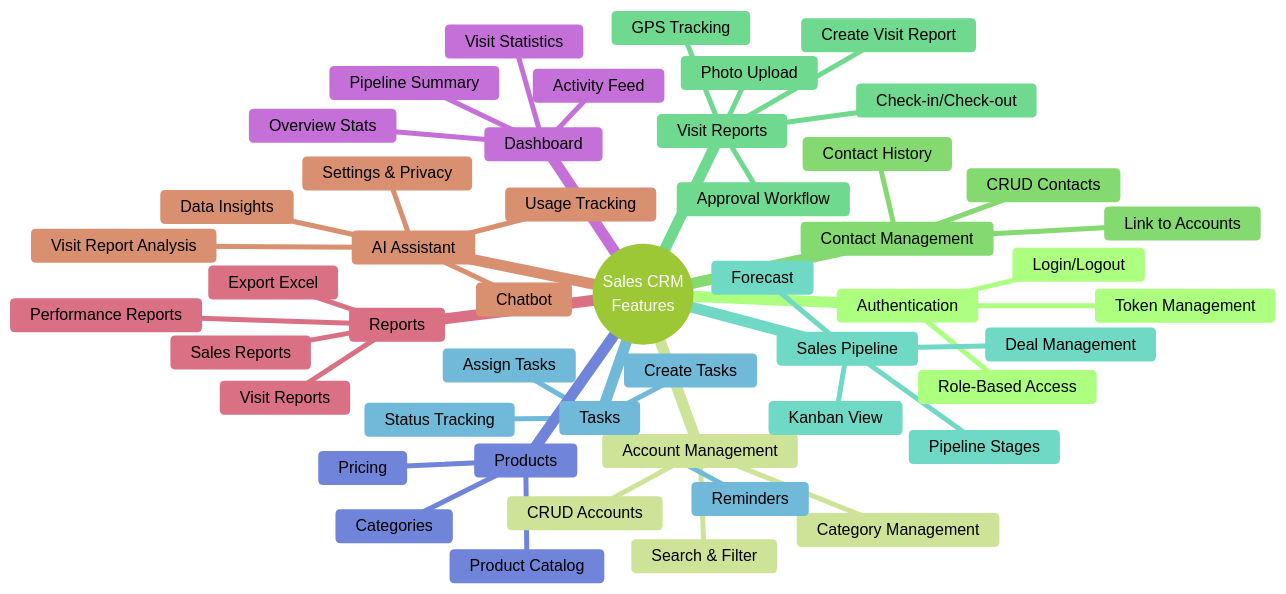
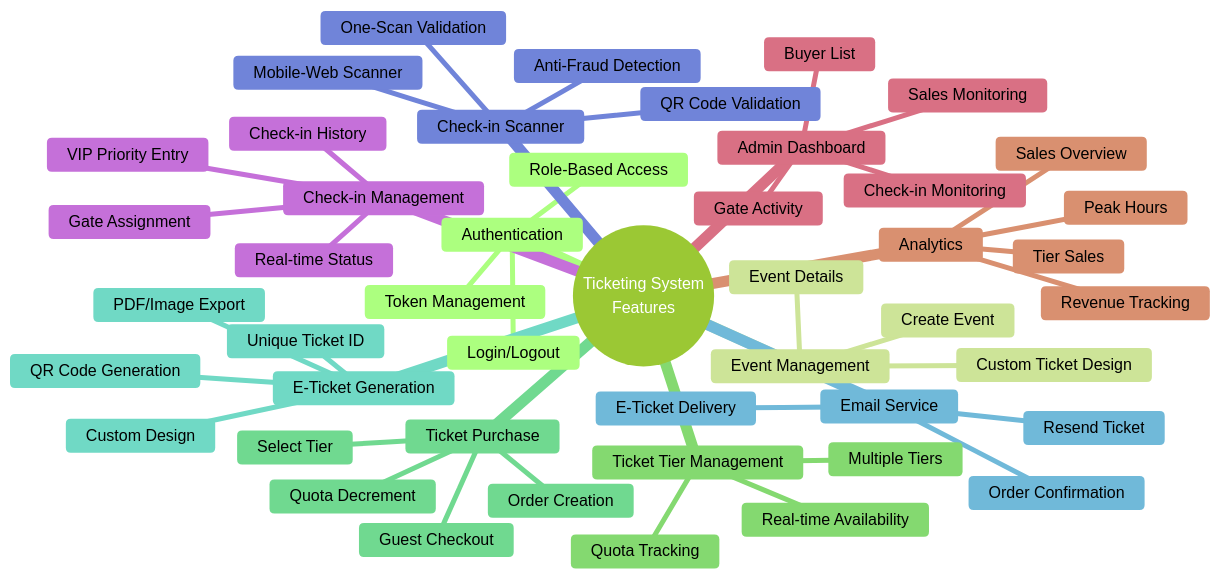
Before and after one commit to Gilabs-Studio/webapp-ticket-konser: the third of 13 diagrams in docs/PROJECT_DIAGRAMS.md, drawn with Mermaid (forest theme). The commit also changed other lines of this file and 8 other files, not shown here.

````diff
--- a/docs/PROJECT_DIAGRAMS.md
+++ b/docs/PROJECT_DIAGRAMS.md
@@ -111,52 +109,50 @@
 ```mermaid
 mindmap
-  root((Sales CRM<br/>Features))
+  root((Ticketing System<br/>Features))
     Authentication
       Login/Logout
       Token Management
       Role-Based Access
-    Account Management
-      CRUD Accounts
-      Search & Filter
-      Category Management
-    Contact Management
-      CRUD Contacts
-      Link to Accounts
-      Contact History
-    Visit Reports
-      Create Visit Report
-      Check-in/Check-out
-      GPS Tracking
-      Photo Upload
-      Approval Workflow
-    Sales Pipeline
-      Pipeline Stages
-      Deal Management
-      Forecast
-      Kanban View
-    Tasks
-      Create Tasks
-      Assign Tasks
-      Reminders
-      Status Tracking
-    Products
-      Product Catalog
-      Pricing
-      Categories
-    Dashboard
-      Overview Stats
-      Visit Statistics
-      Pipeline Summary
-      Activity Feed
-    Reports
-      Visit Reports
-      Sales Reports
-      Performance Reports
-      Export Excel
-    AI Assistant
-      Chatbot
-      Visit Report Analysis
-      Data Insights
-      Settings & Privacy
-      Usage Tracking
+    Event Management
+      Create Event
+      Event Details
+      Custom Ticket Design
+    Ticket Tier Management
+      Multiple Tiers
+      Quota Tracking
+      Real-time Availability
+    Ticket Purchase
+      Select Tier
+      Guest Checkout
+      Order Creation
+      Quota Decrement
+    E-Ticket Generation
+      Unique Ticket ID
+      QR Code Generation
+      Custom Design
+      PDF/Image Export
+    Email Service
+      Order Confirmation
+      E-Ticket Delivery
+      Resend Ticket
+    Check-in Scanner
+      Mobile-Web Scanner
+      QR Code Validation
+      One-Scan Validation
+      Anti-Fraud Detection
+    Check-in Management
+      Real-time Status
+      Gate Assignment
+      VIP Priority Entry
+      Check-in History
+    Admin Dashboard
+      Sales Monitoring
+      Check-in Monitoring
+      Gate Activity
+      Buyer List
+    Analytics
+      Sales Overview
+      Peak Hours
+      Tier Sales
+      Revenue Tracking
 ```
````
